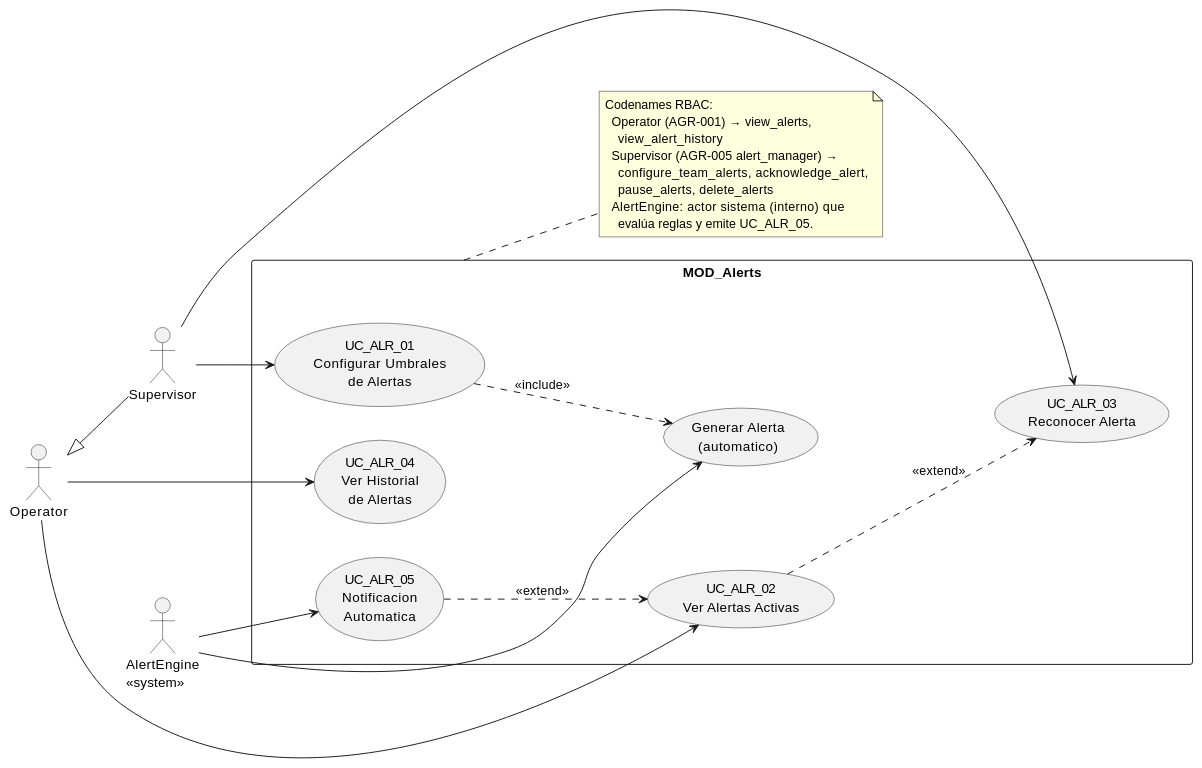
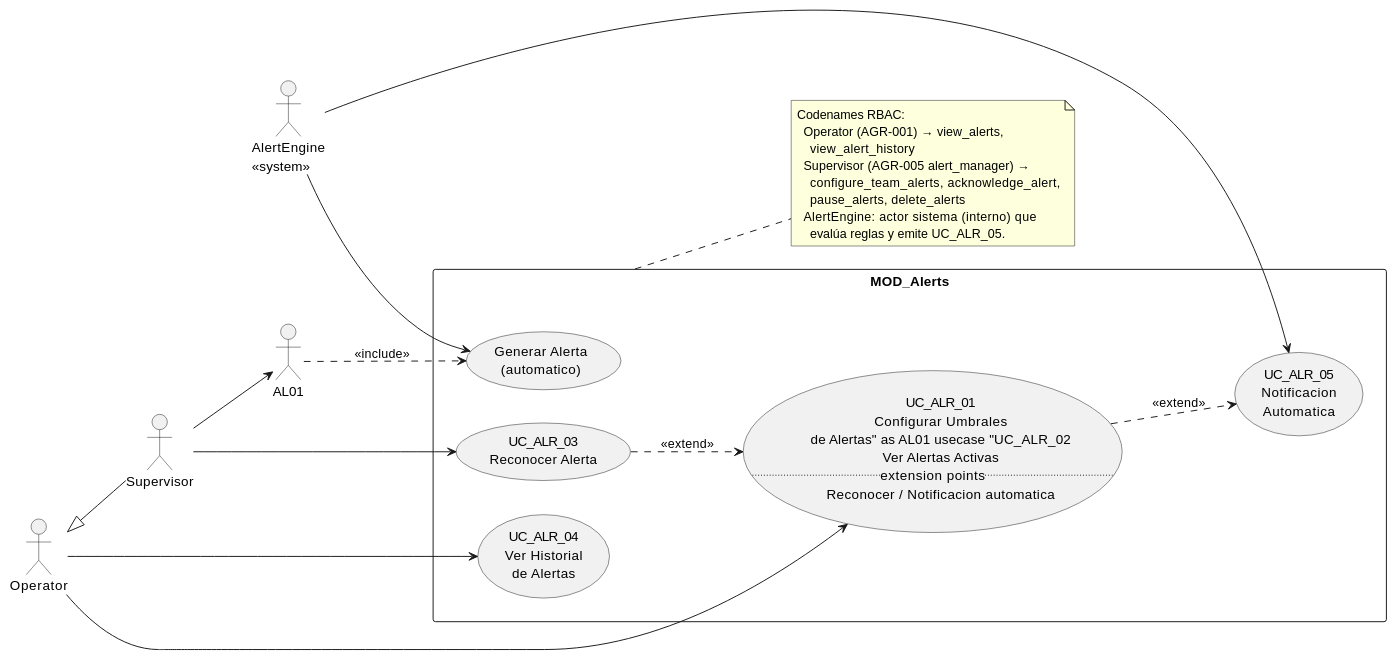
One commit to jcg-admin/IACT-docs changed the diagram in source/arquitectura-tecnica/use-case-view/alerts/index.rst. Above: the diagram before and after it, drawn with PlantUML. The commit also changed other lines of this file and 102 other files, not shown here.

First line of the commit message:
Apply uml-07 remediation Phase 1+2: cleanup stubs + fix extends

```diff
--- a/source/arquitectura-tecnica/use-case-view/alerts/index.rst
+++ b/source/arquitectura-tecnica/use-case-view/alerts/index.rst
@@ -24,45 +24,44 @@
 .. uml::
  :caption: MOD_Alerts — Operator consume; Supervisor configura
            y reconoce; AlertEngine es actor sistema.
 
  @startuml
  left to right direction
 
  actor Operator
  actor Supervisor
  actor "AlertEngine\n<<system>>" as AlertEngine
 
  Operator <|-- Supervisor
 
  rectangle "MOD_Alerts" {
-   usecase "UC_ALR_01\nConfigurar Umbrales\nde Alertas" as AL01
-   usecase "UC_ALR_02\nVer Alertas Activas" as AL02
+   usecase "UC_ALR_01\nConfigurar Umbrales\nde Alertas" as AL01   usecase "UC_ALR_02\nVer Alertas Activas\n.. extension points ..\nReconocer / Notificacion automatica" as AL02
    usecase "UC_ALR_03\nReconocer Alerta" as AL03
    usecase "UC_ALR_04\nVer Historial\nde Alertas" as AL04
    usecase "UC_ALR_05\nNotificacion\nAutomatica" as AL05
    usecase "Generar Alerta\n(automatico)" as GEN_ALERTA
  }
 
  Operator   --> AL02
  Operator   --> AL04
  Supervisor --> AL01
  Supervisor --> AL03
  AlertEngine --> AL05
  AlertEngine --> GEN_ALERTA
 
- AL02 ..> AL03 : <<extend>>
- AL05 ..> AL02 : <<extend>>
+ AL03 ..> AL02 : <<extend>>
+ AL02 ..> AL05 : <<extend>>
  AL01 ..> GEN_ALERTA : <<include>>
 
  note right of MOD_Alerts
    Codenames RBAC:
      Operator (AGR-001) → view_alerts,
        view_alert_history
      Supervisor (AGR-005 alert_manager) →
        configure_team_alerts, acknowledge_alert,
        pause_alerts, delete_alerts
      AlertEngine: actor sistema (interno) que
        evalúa reglas y emite UC_ALR_05.
  end note
 
  @enduml
```
